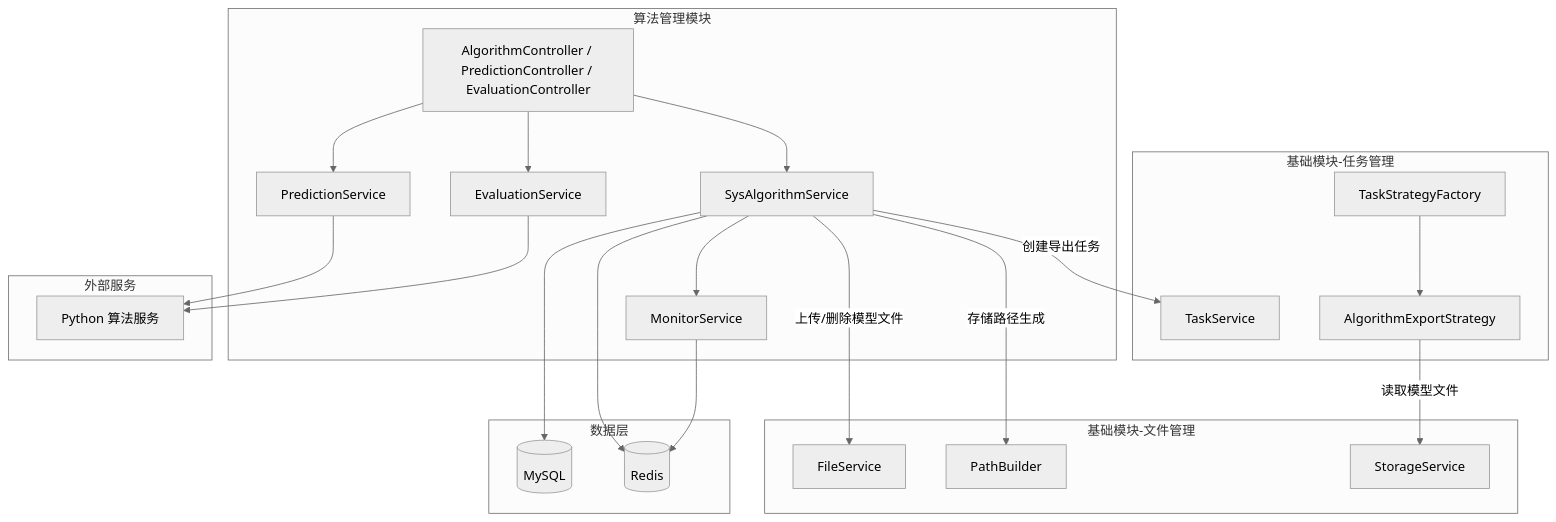
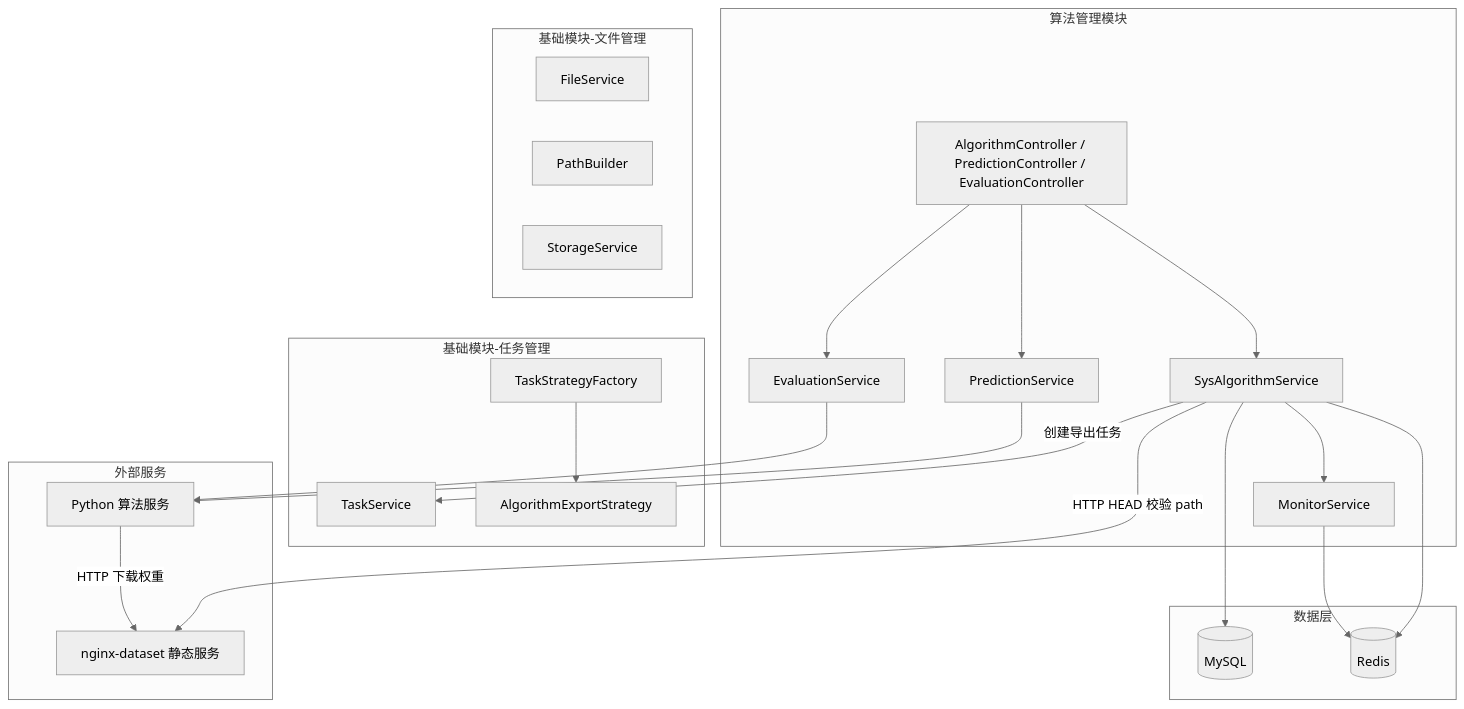
One commit to earthy-zinc/dehaze-system changed the first of 4 diagrams in dehaze-doc/docs/03-模块设计/核心模块/算法管理/后端实现.md. Above: the diagram before and after it, drawn with Mermaid (neutral theme). The commit also changed other lines of this file and 30 other files, not shown here.

````diff
--- a/dehaze-doc/docs/03-模块设计/核心模块/算法管理/后端实现.md
+++ b/dehaze-doc/docs/03-模块设计/核心模块/算法管理/后端实现.md
@@ -25,46 +25,46 @@
 ```mermaid
 graph TB
     subgraph 算法管理模块
         A[AlgorithmController / PredictionController / EvaluationController]
         B[SysAlgorithmService]
         C[PredictionService]
         D[EvaluationService]
         E[MonitorService]
     end
 
     subgraph 基础模块-文件管理
         F[FileService]
         G[PathBuilder]
         H[StorageService]
     end
 
     subgraph 基础模块-任务管理
         I[TaskService]
         J[TaskStrategyFactory]
         K[AlgorithmExportStrategy]
     end
 
     subgraph 外部服务
         L[Python 算法服务]
+        O[nginx-dataset 静态服务]
     end
 
     subgraph 数据层
         M[(MySQL)]
         N[(Redis)]
     end
 
     A --> B
     A --> C
     A --> D
     B --> E
-    B -->|上传/删除模型文件| F
-    B -->|存储路径生成| G
+    B -->|HTTP HEAD 校验 path| O
     B -->|创建导出任务| I
     J --> K
-    K -->|读取模型文件| H
+    L -->|HTTP 下载权重| O
     C --> L
     D --> L
     B --> M
     B --> N
     E --> N
 ```
````
